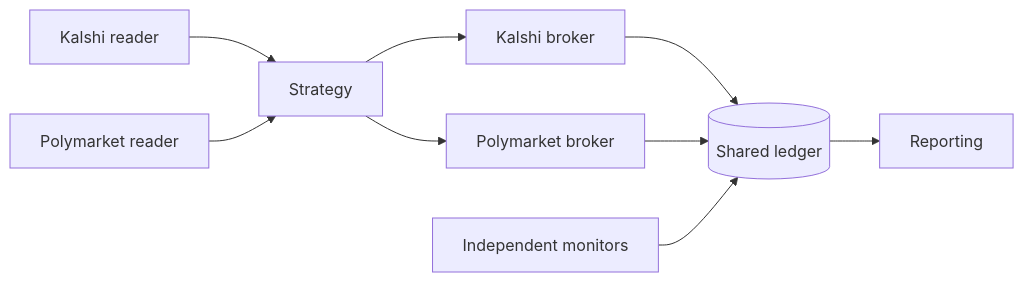
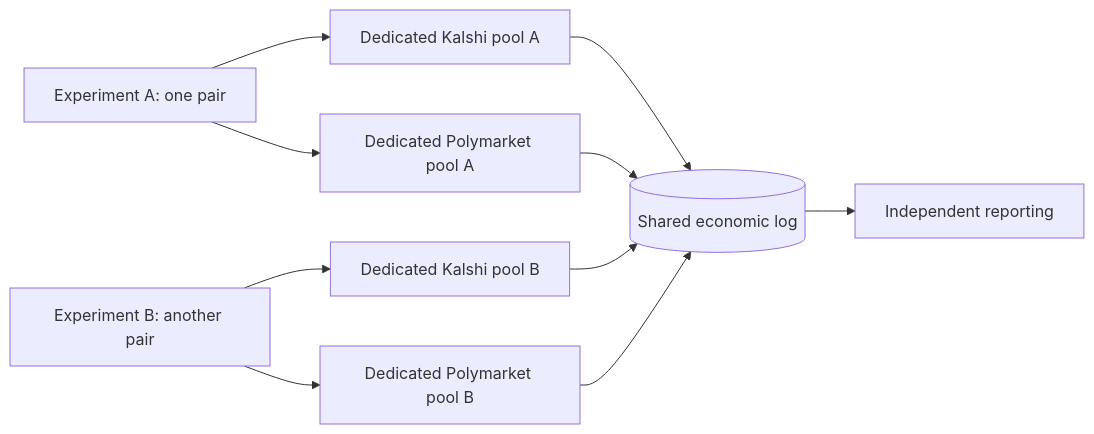
The diagram in strategies/cross-market-polymarket/README.md (Zack-Ellington/cz-quant), drawn with Mermaid before and after one commit. The commit also changed other lines of this file and 10 other files, not shown here.

Commit message:
cross-market: isolate one funded experiment per market pair

````diff
--- a/strategies/cross-market-polymarket/README.md
+++ b/strategies/cross-market-polymarket/README.md
@@ -19,11 +22,12 @@
 ```mermaid
 flowchart LR
-    K[Kalshi reader] --> S[Strategy]
-    P[Polymarket reader] --> S
-    S --> KB[Kalshi broker]
-    S --> PB[Polymarket broker]
-    KB --> L[(Shared ledger)]
-    PB --> L
-    M[Independent monitors] --> L
-    L --> R[Reporting]
+    A[Experiment A: one pair] --> AK[Dedicated Kalshi pool A]
+    A --> AP[Dedicated Polymarket pool A]
+    B[Experiment B: another pair] --> BK[Dedicated Kalshi pool B]
+    B --> BP[Dedicated Polymarket pool B]
+    AK --> L[(Shared economic log)]
+    AP --> L
+    BK --> L
+    BP --> L
+    L --> R[Independent reporting]
 ```
````
